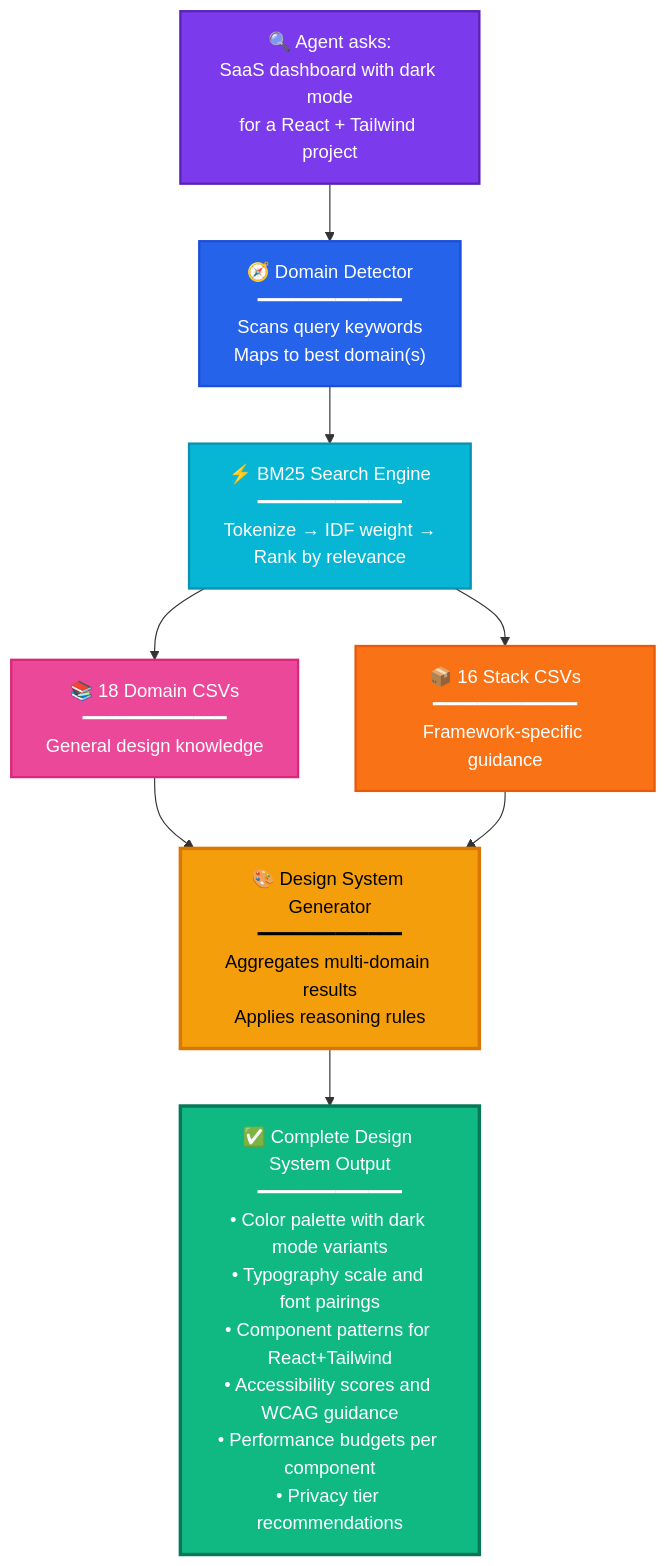
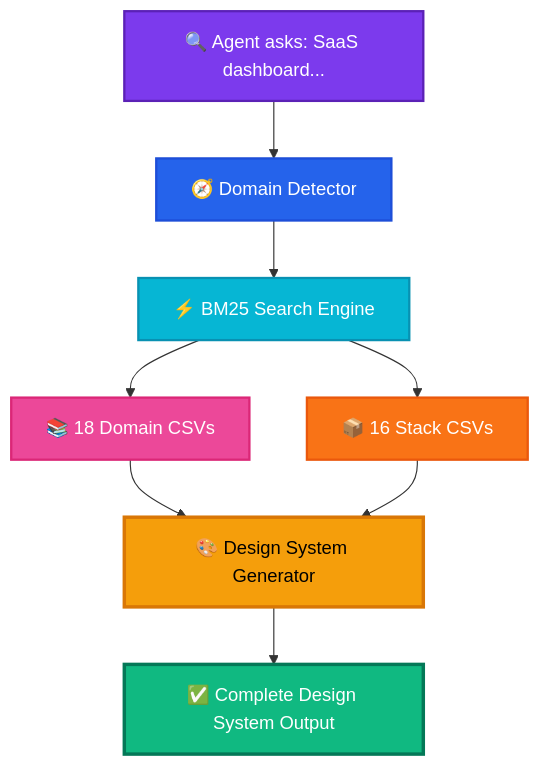
One commit to Ab-aswini/Agent-kit-P1 changed the fourth of 7 diagrams in README.md. Above: the diagram before and after it, drawn with Mermaid. The commit also changed other lines of this file and 234 other files, not shown here.

````diff
--- a/README.md
+++ b/README.md
@@ -397,24 +353,20 @@
 ```mermaid
 %%{init: {'theme': 'default'}}%%
 
 flowchart TD
-  Q["🔍 Agent asks:<br/>SaaS dashboard with dark mode<br/>for a React + Tailwind project"] --> DD["🧭 Domain Detector<br/>━━━━━━━━━━━━━<br/>Scans query keywords<br/>Maps to best domain(s)"]
-
-  DD --> BM["⚡ BM25 Search Engine<br/>━━━━━━━━━━━━━<br/>Tokenize → IDF weight →<br/>Rank by relevance"]
-
-  BM --> D1["📚 18 Domain CSVs<br/>━━━━━━━━━━━━━<br/>General design knowledge"]
-  BM --> D2["📦 16 Stack CSVs<br/>━━━━━━━━━━━━━<br/>Framework-specific guidance"]
-
-  D1 --> DSG["🎨 Design System Generator<br/>━━━━━━━━━━━━━<br/>Aggregates multi-domain results<br/>Applies reasoning rules"]
+  Q["🔍 Agent asks: SaaS dashboard..."] --> DD["🧭 Domain Detector"]
+  DD --> BM["⚡ BM25 Search Engine"]
+  BM --> D1["📚 18 Domain CSVs"]
+  BM --> D2["📦 16 Stack CSVs"]
+  D1 --> DSG["🎨 Design System Generator"]
   D2 --> DSG
-
-  DSG --> OUT["✅ Complete Design System Output<br/>━━━━━━━━━━━━━<br/>• Color palette with dark mode variants<br/>• Typography scale and font pairings<br/>• Component patterns for React+Tailwind<br/>• Accessibility scores and WCAG guidance<br/>• Performance budgets per component<br/>• Privacy tier recommendations"]
+  DSG --> OUT["✅ Complete Design System Output"]
 
   style Q fill:#7C3AED,stroke:#5B21B6,stroke-width:2px,color:#fff
   style DD fill:#2563EB,stroke:#1D4ED8,stroke-width:2px,color:#fff
   style BM fill:#06B6D4,stroke:#0891B2,stroke-width:2px,color:#fff
   style D1 fill:#EC4899,stroke:#DB2777,stroke-width:2px,color:#fff
   style D2 fill:#F97316,stroke:#EA580C,stroke-width:2px,color:#fff
   style DSG fill:#F59E0B,stroke:#D97706,stroke-width:3px,color:#000
   style OUT fill:#10B981,stroke:#047857,stroke-width:3px,color:#fff
 ```
````
